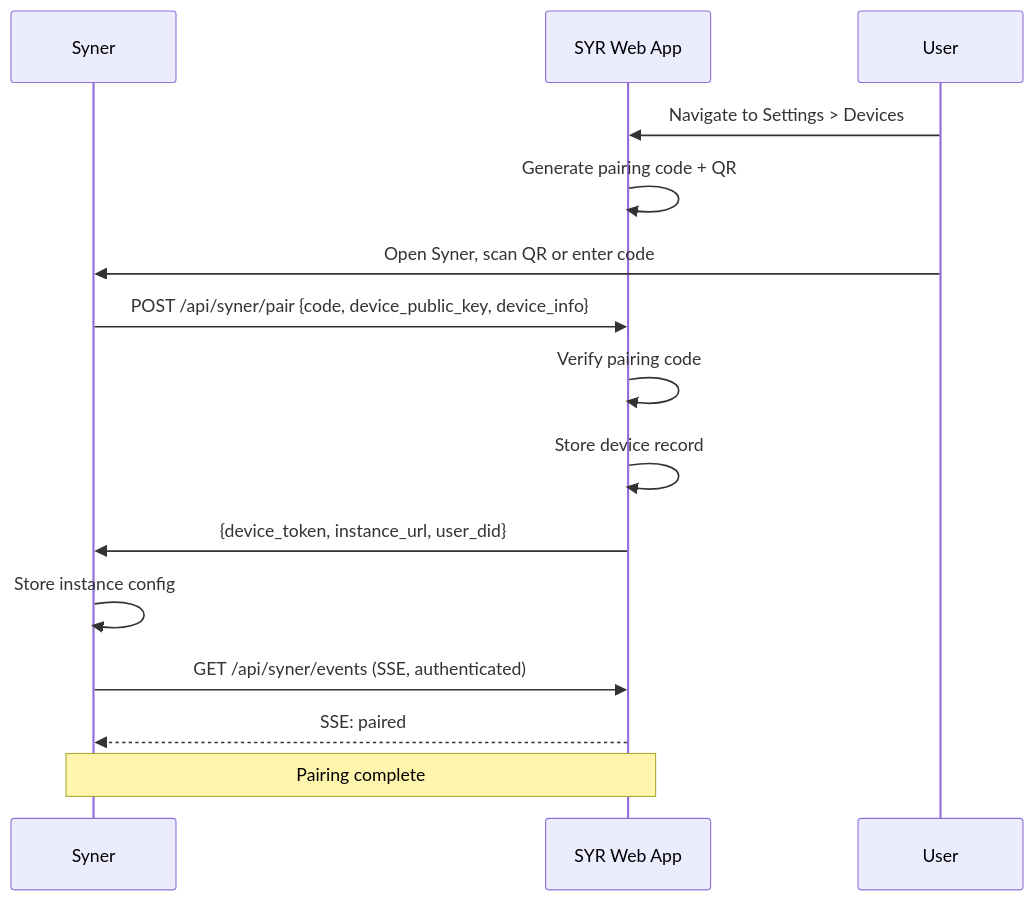
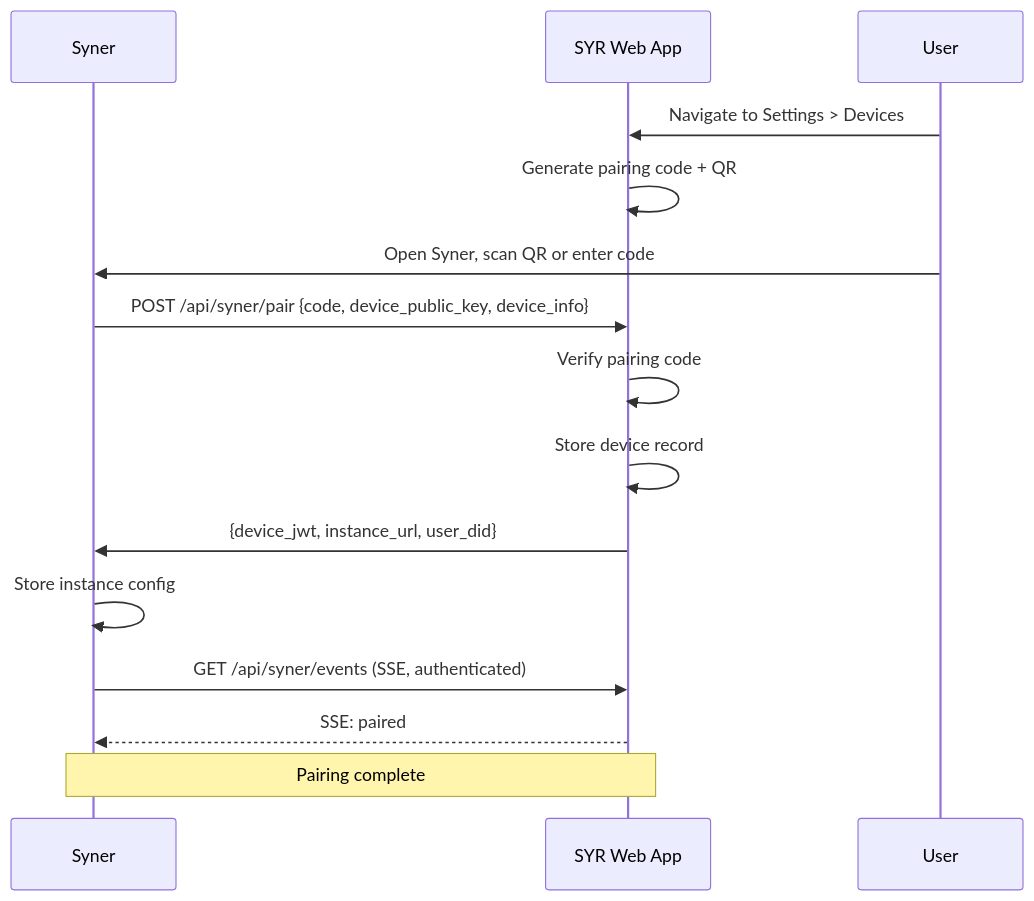
One commit to syr-is/syr changed the third of 3 diagrams in apps/docs/app/src/routes/architecture/syner/+page.md. Above: the diagram before and after it, drawn with Mermaid. The commit also changed other lines of this file and 6 other files, not shown here.

````diff
--- a/apps/docs/app/src/routes/architecture/syner/+page.md
+++ b/apps/docs/app/src/routes/architecture/syner/+page.md
@@ -230,18 +230,18 @@
 ```mermaid
 sequenceDiagram
     participant Syner
     participant SYR as SYR Web App
     participant User
 
     User->>SYR: Navigate to Settings > Devices
     SYR->>SYR: Generate pairing code + QR
     User->>Syner: Open Syner, scan QR or enter code
     Syner->>SYR: POST /api/syner/pair {code, device_public_key, device_info}
     SYR->>SYR: Verify pairing code
     SYR->>SYR: Store device record
-    SYR->>Syner: {device_token, instance_url, user_did}
+    SYR->>Syner: {device_jwt, instance_url, user_did}
     Syner->>Syner: Store instance config
     Syner->>SYR: GET /api/syner/events (SSE, authenticated)
     SYR-->>Syner: SSE: paired
     Note over Syner,SYR: Pairing complete
 ```
````
